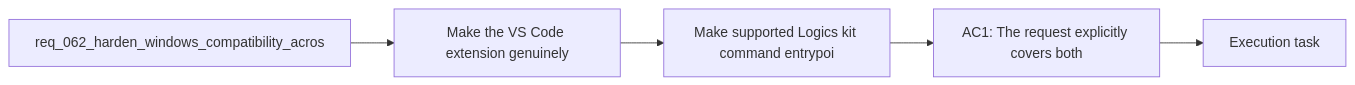
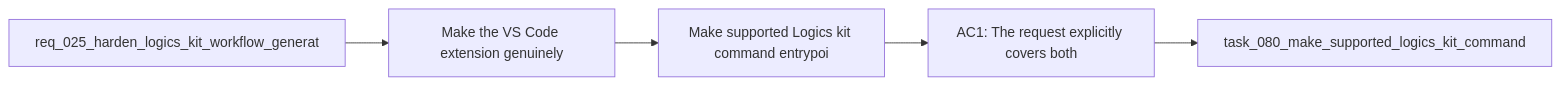
One commit to AlexAgo83/logics-manager changed the diagram in logics/backlog/item_076_make_supported_logics_kit_command_entrypoints_cross_platform.md. Above: the diagram before and after it, drawn with Mermaid. The commit also changed 481 other files, not shown here.

Commit message:
Normalize Logics docs and workflow indicators

````diff
--- a/logics/backlog/item_076_make_supported_logics_kit_command_entrypoints_cross_platform.md
+++ b/logics/backlog/item_076_make_supported_logics_kit_command_entrypoints_cross_platform.md
@@ -24,9 +24,9 @@
 ```mermaid
 %% logics-kind: backlog
 %% logics-signature: backlog|make-supported-logics-kit-command-entryp|req-025-harden-logics-kit-workflow-gener|make-the-vs-code-extension-genuinely|ac1-the-request-explicitly-covers-both
 flowchart LR
-    Request[req_062_harden_windows_compatibility_acros] --> Problem[Make the VS Code extension genuinely]
+    Request[req_025_harden_logics_kit_workflow_generat] --> Problem[Make the VS Code extension genuinely]
     Problem --> Scope[Make supported Logics kit command entrypoi]
     Scope --> Acceptance[AC1: The request explicitly covers both]
-    Acceptance --> Tasks[Execution task]
+    Acceptance --> Tasks[task_080_make_supported_logics_kit_command]
 ```
````
